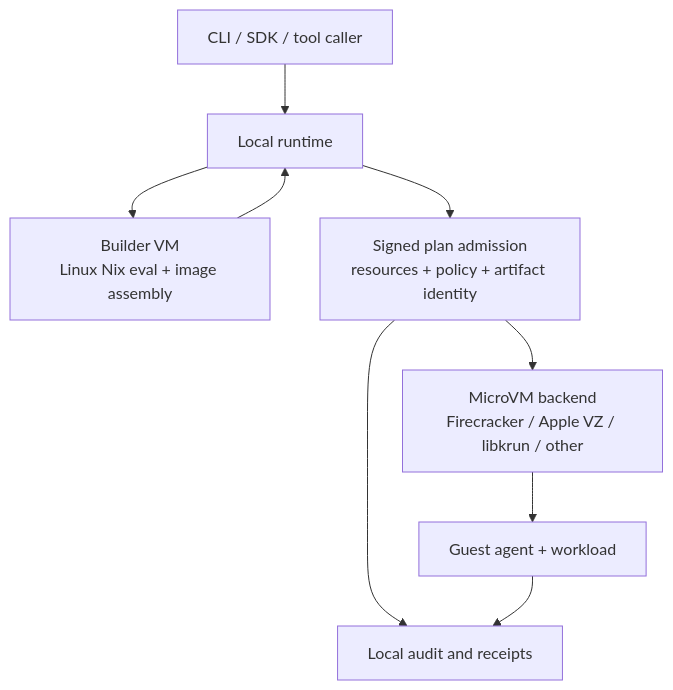
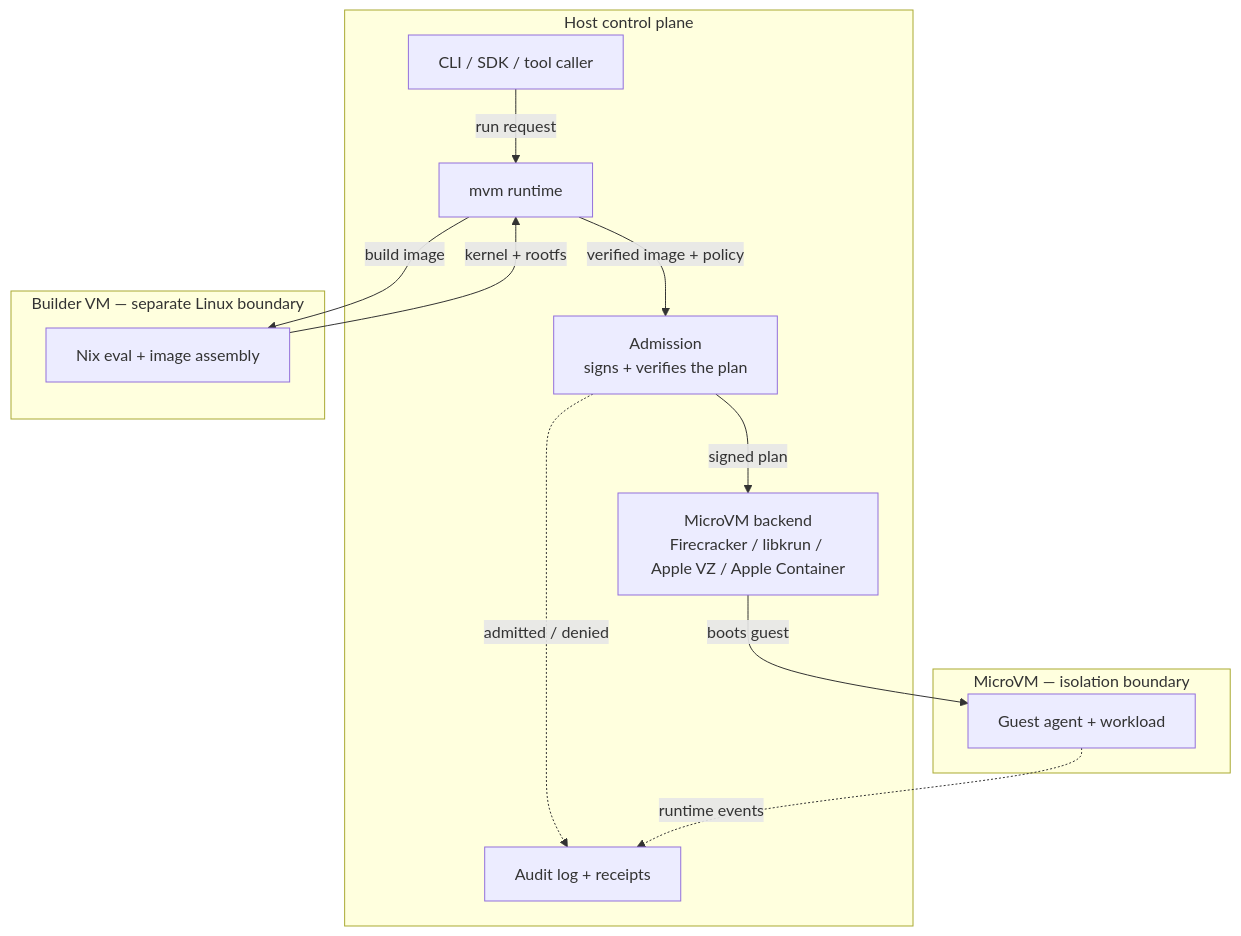
Before and after one commit to tinylabscom/mvm: the third of 3 diagrams in public/src/content/blog/secure-by-design-microvms-and-nix.md, drawn with Mermaid. The commit also changed other lines of this file, not shown here.

First line of the commit message:
blog: update secure-by-design microVMs and Nix post

````diff
--- a/public/src/content/blog/secure-by-design-microvms-and-nix.md
+++ b/public/src/content/blog/secure-by-design-microvms-and-nix.md
@@ -118,19 +100,27 @@
 ```mermaid
 flowchart TB
-  User["CLI / SDK / tool caller"]
-  Runtime["Local runtime"]
-  Builder["Builder VM\nLinux Nix eval + image assembly"]
-  Admission["Signed plan admission\nresources + policy + artifact identity"]
-  Backend["MicroVM backend\nFirecracker / Apple VZ / libkrun / other"]
-  Guest["Guest agent + workload"]
-  Evidence["Local audit and receipts"]
+  subgraph host["Host control plane"]
+    User["CLI / SDK / tool caller"]
+    Runtime["mvm runtime"]
+    Admission["Admission<br/>signs + verifies the plan"]
+    Backend["MicroVM backend<br/>Firecracker / libkrun / Apple VZ / Apple Container"]
+    Audit["Audit log + receipts"]
+  end
 
-  User --> Runtime
-  Runtime --> Builder
-  Builder --> Runtime
-  Runtime --> Admission
-  Admission --> Backend
-  Backend --> Guest
-  Admission --> Evidence
-  Guest --> Evidence
+  subgraph builder["Builder VM — separate Linux boundary"]
+    Build["Nix eval + image assembly"]
+  end
+
+  subgraph micro["MicroVM — isolation boundary"]
+    Guest["Guest agent + workload"]
+  end
+
+  User -->|"run request"| Runtime
+  Runtime -->|"build image"| Build
+  Build -->|"kernel + rootfs"| Runtime
+  Runtime -->|"verified image + policy"| Admission
+  Admission -->|"signed plan"| Backend
+  Backend -->|"boots guest"| Guest
+  Admission -.->|"admitted / denied"| Audit
+  Guest -.->|"runtime events"| Audit
 ```
````
